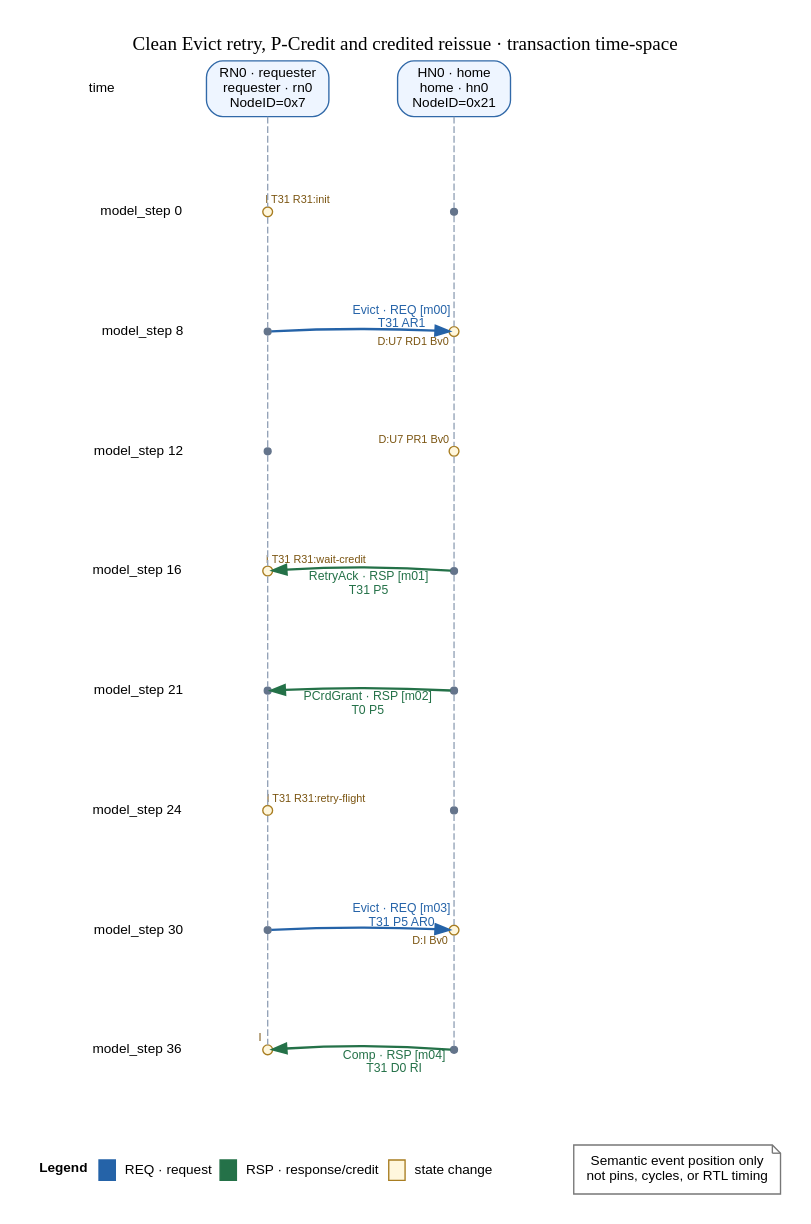
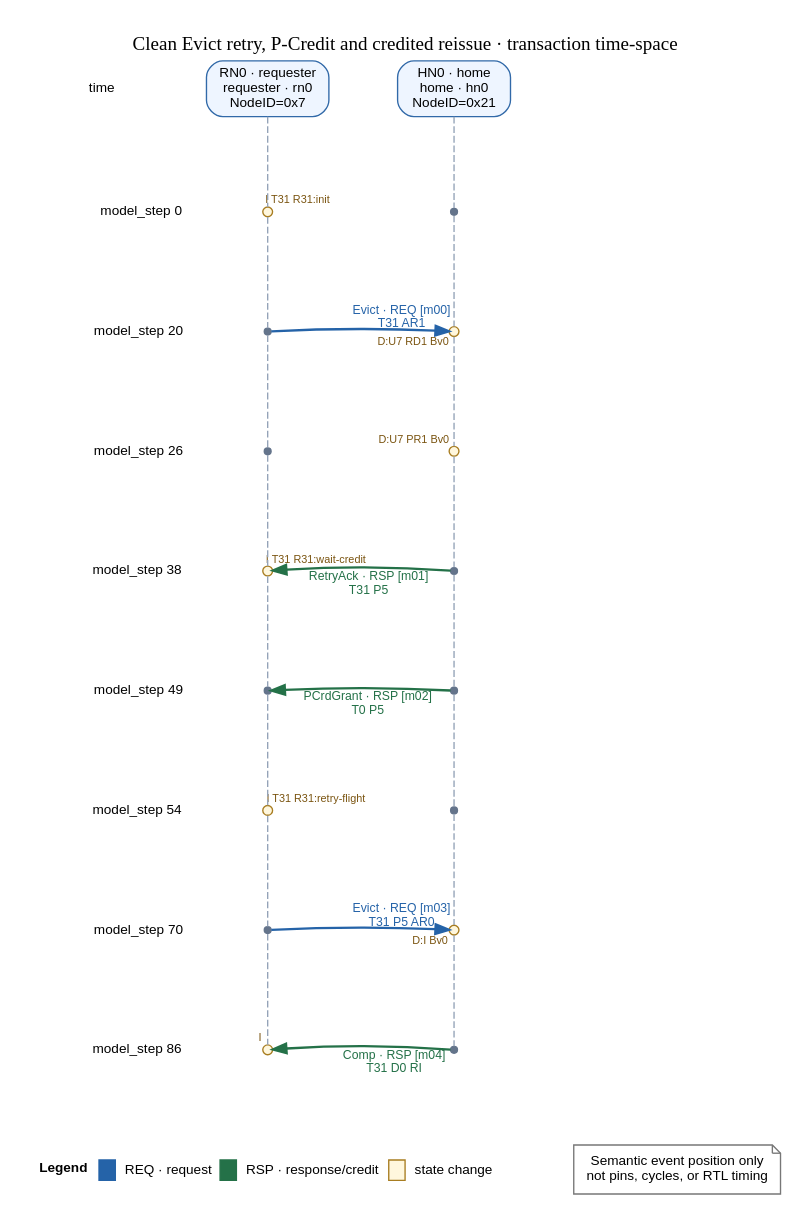
One commit to WhiteDeerPro/PROTOCOL_MODEL changed the diagram in showcase/generated/chi/issue-h-flow-gallery/sources/cases/clean-evict-retry/transaction-time-space.dot. Above: the diagram before and after it, drawn with Graphviz. The commit also changed 74 other files, not shown here.

Commit message:
Route CHI flow witnesses through explicit XP

```diff
--- a/showcase/generated/chi/issue-h-flow-gallery/sources/cases/clean-evict-retry/transaction-time-space.dot
+++ b/showcase/generated/chi/issue-h-flow-gallery/sources/cases/clean-evict-retry/transaction-time-space.dot
@@ -1,63 +1,63 @@
 digraph transaction_time_space {
   rankdir=TB;
   label="Clean Evict retry, P-Credit and credited reissue · transaction time-space";
   labelloc="t";
   graph [bgcolor="white", nodesep=0.7, ranksep=0.72, splines=line, pad=0.2, newrank=true, forcelabels=true];
   node [fontname="sans-serif", fontsize=10];
   edge [fontname="sans-serif", fontsize=9];
   time_header [shape=plaintext, group="time", label="time"];
   lifeline_0 [shape=box, style="rounded,filled", group="lifeline_0", fillcolor="#eef5ff", color="#3169a8", label="RN0 · requester\nrequester · rn0\nNodeID=0x7"];
   lifeline_1 [shape=box, style="rounded,filled", group="lifeline_1", fillcolor="#eef5ff", color="#3169a8", label="HN0 · home\nhome · hn0\nNodeID=0x21"];
   { rank=same; time_header; lifeline_0; lifeline_1; }
   time_0 [shape=plaintext, group="time", label="model_step 0"];
   point_0_0 [shape=point, width=0.10, height=0.10, group="lifeline_0", fixedsize=true, color="#a87d21", fillcolor="#fff7dd", style=filled, fontname="sans-serif", fontcolor="#7a5410", fontsize=8, label="", xlabel="I T31 R31:init", tooltip="clean-evict-retry:state:000:rn0: rn0: UC → I T31 R31:init"];
   point_1_0 [shape=point, width=0.07, height=0.07, group="lifeline_1", fixedsize=true, color="#64748b", label=""];
   { rank=same; time_0; point_0_0; point_1_0; }
   time_0 -> point_0_0 -> point_1_0 [style=invis, weight=100];
-  time_1 [shape=plaintext, group="time", label="model_step 8"];
+  time_1 [shape=plaintext, group="time", label="model_step 20"];
   point_0_1 [shape=point, width=0.07, height=0.07, group="lifeline_0", fixedsize=true, color="#64748b", label=""];
-  point_1_1 [shape=point, width=0.10, height=0.10, group="lifeline_1", fixedsize=true, color="#a87d21", fillcolor="#fff7dd", style=filled, fontname="sans-serif", fontcolor="#7a5410", fontsize=8, label="", xlabel="D:U7 RD1 Bv0", tooltip="clean-evict-retry:state:008:hn0: hn0: D:U7 Bv0 → D:U7 RD1 Bv0"];
+  point_1_1 [shape=point, width=0.10, height=0.10, group="lifeline_1", fixedsize=true, color="#a87d21", fillcolor="#fff7dd", style=filled, fontname="sans-serif", fontcolor="#7a5410", fontsize=8, label="", xlabel="D:U7 RD1 Bv0", tooltip="clean-evict-retry:state:020:hn0: hn0: D:U7 Bv0 → D:U7 RD1 Bv0"];
   { rank=same; time_1; point_0_1; point_1_1; }
   time_1 -> point_0_1 -> point_1_1 [style=invis, weight=100];
-  time_2 [shape=plaintext, group="time", label="model_step 12"];
+  time_2 [shape=plaintext, group="time", label="model_step 26"];
   point_0_2 [shape=point, width=0.07, height=0.07, group="lifeline_0", fixedsize=true, color="#64748b", label=""];
-  point_1_2 [shape=point, width=0.10, height=0.10, group="lifeline_1", fixedsize=true, color="#a87d21", fillcolor="#fff7dd", style=filled, fontname="sans-serif", fontcolor="#7a5410", fontsize=8, label="", xlabel="D:U7 PR1 Bv0", tooltip="clean-evict-retry:state:012:hn0: hn0: D:U7 RD1 Bv0 → D:U7 PR1 Bv0"];
+  point_1_2 [shape=point, width=0.10, height=0.10, group="lifeline_1", fixedsize=true, color="#a87d21", fillcolor="#fff7dd", style=filled, fontname="sans-serif", fontcolor="#7a5410", fontsize=8, label="", xlabel="D:U7 PR1 Bv0", tooltip="clean-evict-retry:state:026:hn0: hn0: D:U7 RD1 Bv0 → D:U7 PR1 Bv0"];
   { rank=same; time_2; point_0_2; point_1_2; }
   time_2 -> point_0_2 -> point_1_2 [style=invis, weight=100];
-  time_3 [shape=plaintext, group="time", label="model_step 16"];
-  point_0_3 [shape=point, width=0.10, height=0.10, group="lifeline_0", fixedsize=true, color="#a87d21", fillcolor="#fff7dd", style=filled, fontname="sans-serif", fontcolor="#7a5410", fontsize=8, label="", xlabel="I T31 R31:wait-credit", tooltip="clean-evict-retry:state:016:rn0: rn0: I T31 R31:init → I T31 R31:wait-credit"];
+  time_3 [shape=plaintext, group="time", label="model_step 38"];
+  point_0_3 [shape=point, width=0.10, height=0.10, group="lifeline_0", fixedsize=true, color="#a87d21", fillcolor="#fff7dd", style=filled, fontname="sans-serif", fontcolor="#7a5410", fontsize=8, label="", xlabel="I T31 R31:wait-credit", tooltip="clean-evict-retry:state:038:rn0: rn0: I T31 R31:init → I T31 R31:wait-credit"];
   point_1_3 [shape=point, width=0.07, height=0.07, group="lifeline_1", fixedsize=true, color="#64748b", label=""];
   { rank=same; time_3; point_0_3; point_1_3; }
   time_3 -> point_0_3 -> point_1_3 [style=invis, weight=100];
-  time_4 [shape=plaintext, group="time", label="model_step 21"];
+  time_4 [shape=plaintext, group="time", label="model_step 49"];
   point_0_4 [shape=point, width=0.07, height=0.07, group="lifeline_0", fixedsize=true, color="#64748b", label=""];
   point_1_4 [shape=point, width=0.07, height=0.07, group="lifeline_1", fixedsize=true, color="#64748b", label=""];
   { rank=same; time_4; point_0_4; point_1_4; }
   time_4 -> point_0_4 -> point_1_4 [style=invis, weight=100];
-  time_5 [shape=plaintext, group="time", label="model_step 24"];
-  point_0_5 [shape=point, width=0.10, height=0.10, group="lifeline_0", fixedsize=true, color="#a87d21", fillcolor="#fff7dd", style=filled, fontname="sans-serif", fontcolor="#7a5410", fontsize=8, label="", xlabel="I T31 R31:retry-flight", tooltip="clean-evict-retry:state:024:rn0: rn0: I T31 R31:wait-credit → I T31 R31:retry-flight"];
+  time_5 [shape=plaintext, group="time", label="model_step 54"];
+  point_0_5 [shape=point, width=0.10, height=0.10, group="lifeline_0", fixedsize=true, color="#a87d21", fillcolor="#fff7dd", style=filled, fontname="sans-serif", fontcolor="#7a5410", fontsize=8, label="", xlabel="I T31 R31:retry-flight", tooltip="clean-evict-retry:state:054:rn0: rn0: I T31 R31:wait-credit → I T31 R31:retry-flight"];
   point_1_5 [shape=point, width=0.07, height=0.07, group="lifeline_1", fixedsize=true, color="#64748b", label=""];
   { rank=same; time_5; point_0_5; point_1_5; }
   time_5 -> point_0_5 -> point_1_5 [style=invis, weight=100];
-  time_6 [shape=plaintext, group="time", label="model_step 30"];
+  time_6 [shape=plaintext, group="time", label="model_step 70"];
   point_0_6 [shape=point, width=0.07, height=0.07, group="lifeline_0", fixedsize=true, color="#64748b", label=""];
-  point_1_6 [shape=point, width=0.10, height=0.10, group="lifeline_1", fixedsize=true, color="#a87d21", fillcolor="#fff7dd", style=filled, fontname="sans-serif", fontcolor="#7a5410", fontsize=8, label="", xlabel="D:I Bv0", tooltip="clean-evict-retry:state:030:hn0: hn0: D:U7 PR1 Bv0 → D:I Bv0"];
+  point_1_6 [shape=point, width=0.10, height=0.10, group="lifeline_1", fixedsize=true, color="#a87d21", fillcolor="#fff7dd", style=filled, fontname="sans-serif", fontcolor="#7a5410", fontsize=8, label="", xlabel="D:I Bv0", tooltip="clean-evict-retry:state:070:hn0: hn0: D:U7 PR1 Bv0 → D:I Bv0"];
   { rank=same; time_6; point_0_6; point_1_6; }
   time_6 -> point_0_6 -> point_1_6 [style=invis, weight=100];
-  time_7 [shape=plaintext, group="time", label="model_step 36"];
-  point_0_7 [shape=point, width=0.10, height=0.10, group="lifeline_0", fixedsize=true, color="#a87d21", fillcolor="#fff7dd", style=filled, fontname="sans-serif", fontcolor="#7a5410", fontsize=8, label="", xlabel="I", tooltip="clean-evict-retry:state:036:rn0: rn0: I T31 R31:retry-flight → I"];
+  time_7 [shape=plaintext, group="time", label="model_step 86"];
+  point_0_7 [shape=point, width=0.10, height=0.10, group="lifeline_0", fixedsize=true, color="#a87d21", fillcolor="#fff7dd", style=filled, fontname="sans-serif", fontcolor="#7a5410", fontsize=8, label="", xlabel="I", tooltip="clean-evict-retry:state:086:rn0: rn0: I T31 R31:retry-flight → I"];
   point_1_7 [shape=point, width=0.07, height=0.07, group="lifeline_1", fixedsize=true, color="#64748b", label=""];
   { rank=same; time_7; point_0_7; point_1_7; }
   time_7 -> point_0_7 -> point_1_7 [style=invis, weight=100];
   lifeline_0 -> point_0_0 -> point_0_1 -> point_0_2 -> point_0_3 -> point_0_4 -> point_0_5 -> point_0_6 -> point_0_7 [arrowhead=none, style=dashed, color="#94a3b8", weight=20];
   lifeline_1 -> point_1_0 -> point_1_1 -> point_1_2 -> point_1_3 -> point_1_4 -> point_1_5 -> point_1_6 -> point_1_7 [arrowhead=none, style=dashed, color="#94a3b8", weight=20];
   point_0_1 -> point_1_1 [constraint=false, color="#2563a8", fontcolor="#2563a8", penwidth=1.7, xlabel="Evict · REQ [m00]\nT31 AR1"];
   point_1_3 -> point_0_3 [constraint=false, color="#247148", fontcolor="#247148", penwidth=1.7, xlabel="RetryAck · RSP [m01]\nT31 P5"];
   point_1_4 -> point_0_4 [constraint=false, color="#247148", fontcolor="#247148", penwidth=1.7, xlabel="PCrdGrant · RSP [m02]\nT0 P5"];
   point_0_6 -> point_1_6 [constraint=false, color="#2563a8", fontcolor="#2563a8", penwidth=1.7, xlabel="Evict · REQ [m03]\nT31 P5 AR0"];
   point_1_7 -> point_0_7 [constraint=false, color="#247148", fontcolor="#247148", penwidth=1.7, xlabel="Comp · RSP [m04]\nT31 D0 RI"];
   legend [shape=plain, label=<<TABLE BORDER="0" CELLBORDER="0" CELLSPACING="5" CELLPADDING="2"><TR><TD><B>Legend</B></TD><TD BORDER="1" COLOR="#2563a8" BGCOLOR="#2563a8" WIDTH="12"></TD><TD ALIGN="LEFT">REQ · request</TD><TD BORDER="1" COLOR="#247148" BGCOLOR="#247148" WIDTH="12"></TD><TD ALIGN="LEFT">RSP · response/credit</TD><TD BORDER="1" COLOR="#a87d21" BGCOLOR="#fff7dd" WIDTH="12"></TD><TD ALIGN="LEFT">state change</TD></TR></TABLE>>];
   boundary [shape=note, color="#777777", label="Semantic event position only\nnot pins, cycles, or RTL timing"];
   { rank=same; legend; boundary; }
   point_0_7 -> legend [style=invis, minlen=1];
 }
```
